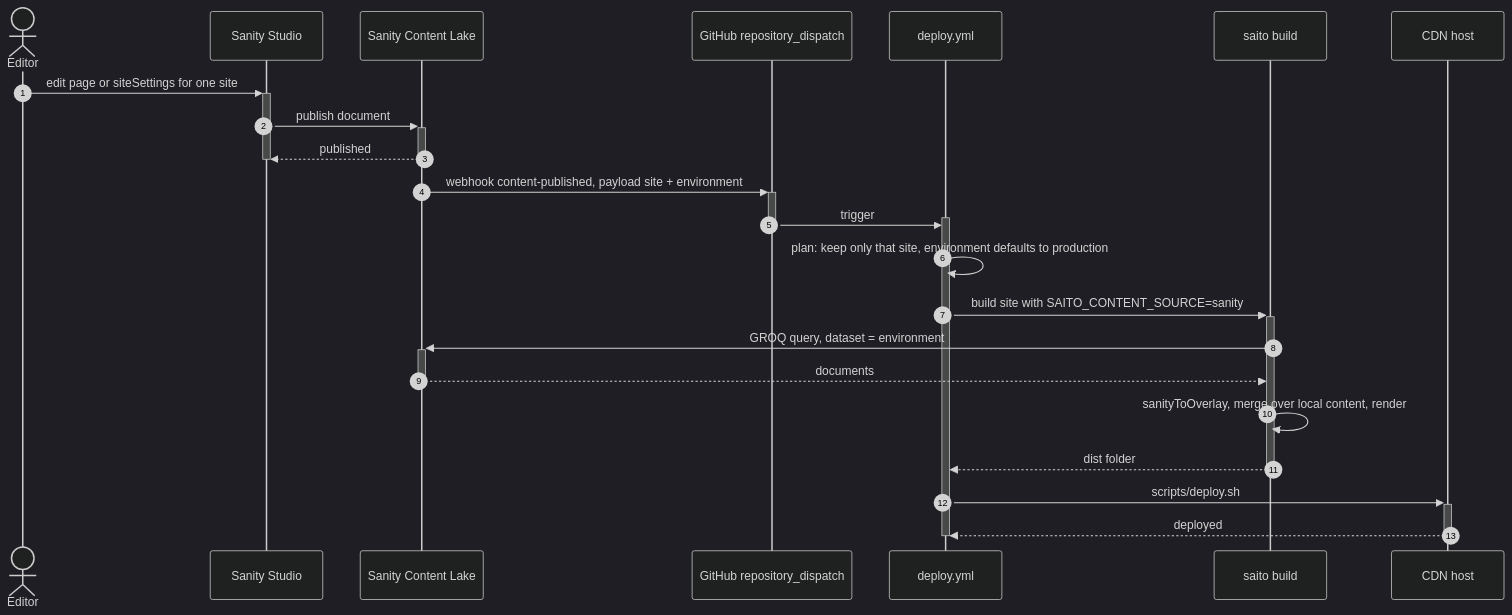
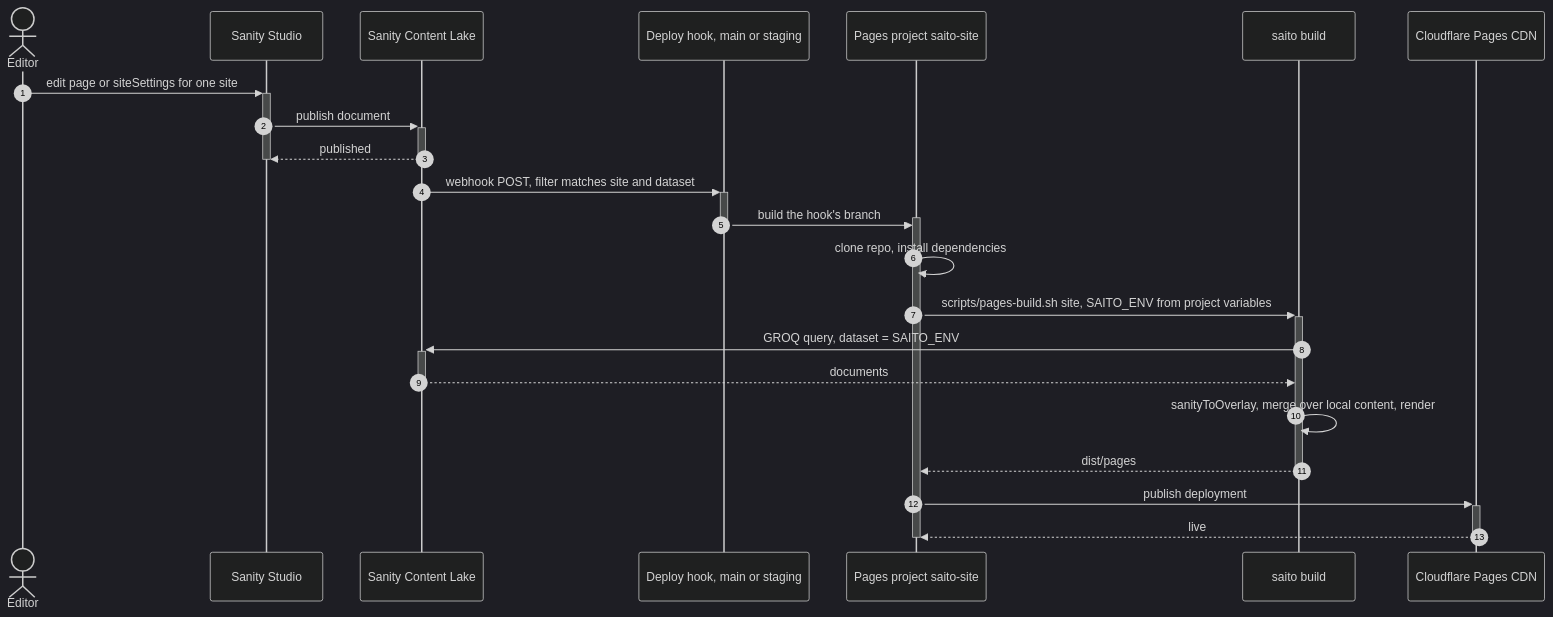
Diagram 13 of 21 in README.md (Gualtix/saito-builder), drawn with Mermaid (dark theme) before and after one commit. The commit also changed other lines of this file and 9 other files, not shown here.

````diff
--- a/README.md
+++ b/README.md
@@ -576,28 +576,28 @@
 ```mermaid
 sequenceDiagram
   autonumber
   actor Ed as Editor
   participant Stu as Sanity Studio
   participant Lake as Sanity Content Lake
-  participant GH as GitHub repository_dispatch
-  participant Dep as deploy.yml
+  participant Hook as Deploy hook, main or staging
+  participant Pages as Pages project saito-site
   participant CLI as saito build
-  participant CDN as CDN host
+  participant CDN as Cloudflare Pages CDN
 
   Ed->>+Stu: edit page or siteSettings for one site
   Stu->>+Lake: publish document
   Lake-->>-Stu: published
   deactivate Stu
-  Lake->>+GH: webhook content-published, payload site + environment
-  GH->>+Dep: trigger
-  deactivate GH
-  Dep->>Dep: plan: keep only that site, environment defaults to production
-  Dep->>+CLI: build site with SAITO_CONTENT_SOURCE=sanity
-  CLI->>+Lake: GROQ query, dataset = environment
+  Lake->>+Hook: webhook POST, filter matches site and dataset
+  Hook->>+Pages: build the hook's branch
+  deactivate Hook
+  Pages->>Pages: clone repo, install dependencies
+  Pages->>+CLI: scripts/pages-build.sh site, SAITO_ENV from project variables
+  CLI->>+Lake: GROQ query, dataset = SAITO_ENV
   Lake-->>-CLI: documents
   CLI->>CLI: sanityToOverlay, merge over local content, render
-  CLI-->>-Dep: dist folder
-  Dep->>+CDN: scripts/deploy.sh
-  CDN-->>-Dep: deployed
-  deactivate Dep
+  CLI-->>-Pages: dist/pages
+  Pages->>+CDN: publish deployment
+  CDN-->>-Pages: live
+  deactivate Pages
 ```
````
